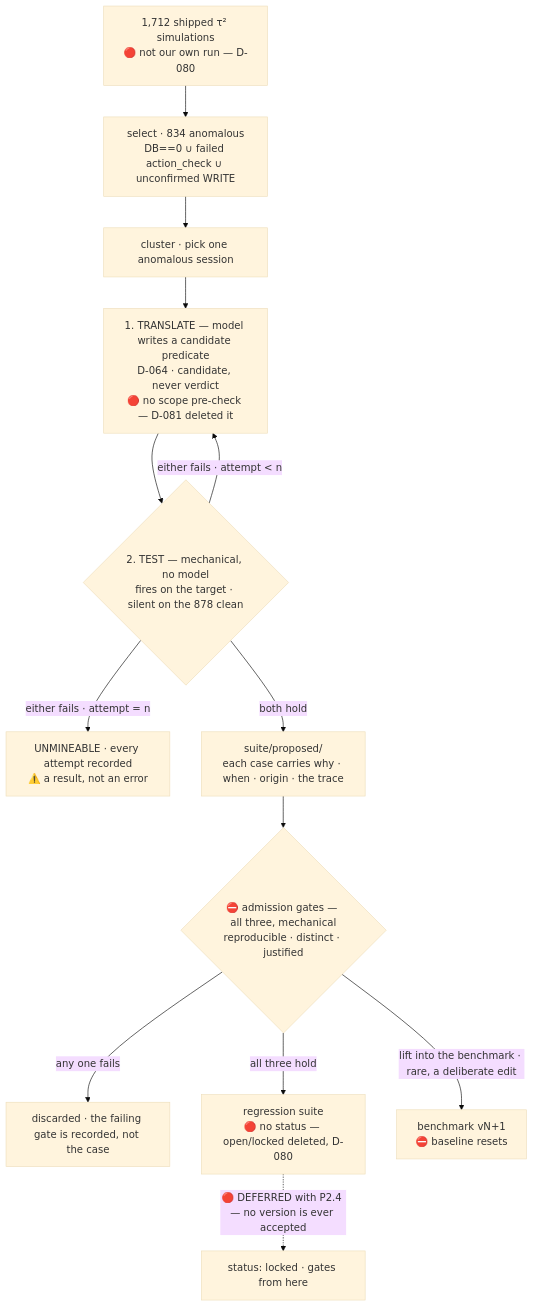
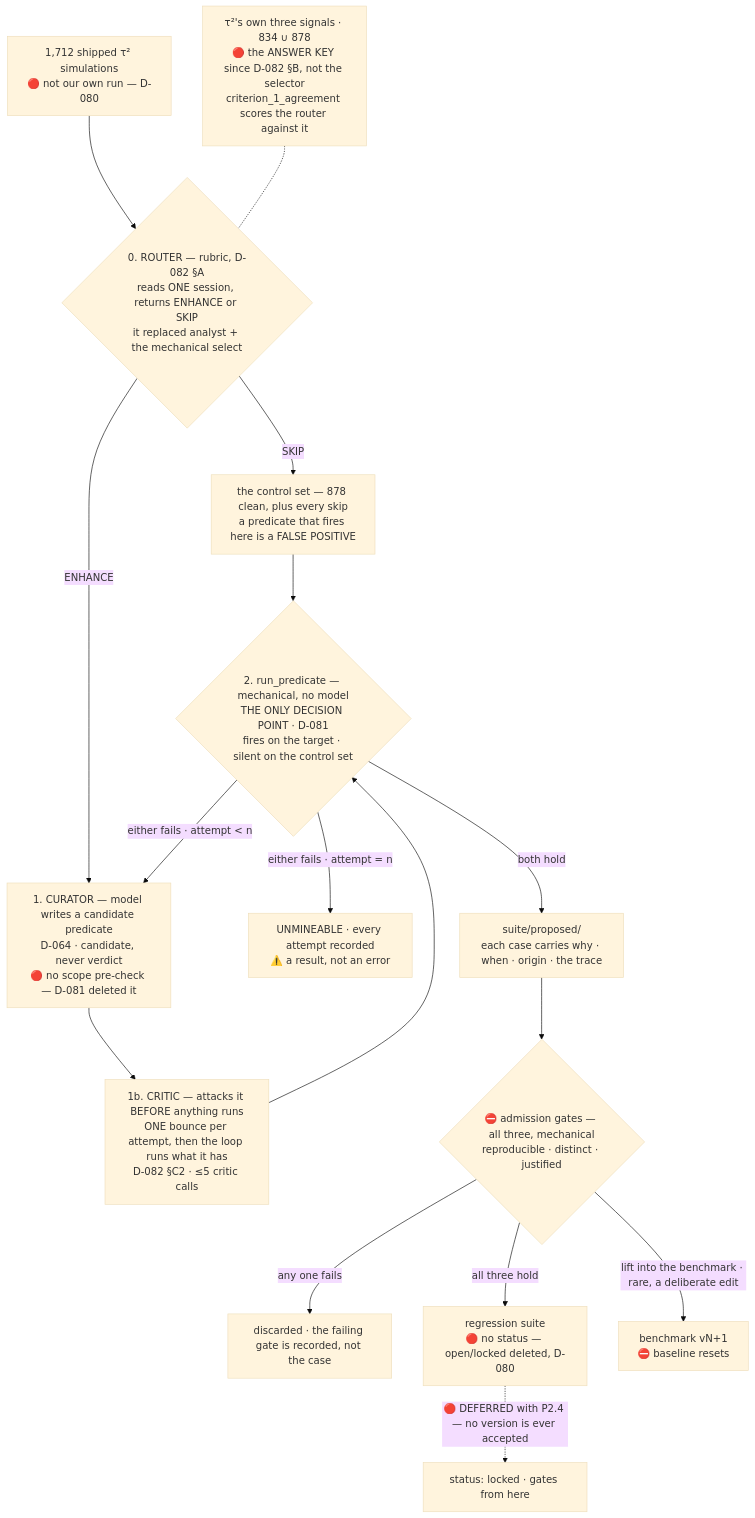
One commit to sandeepyadav1478/touchstone changed the diagram in docs/02-gates.md. Above: the diagram before and after it, drawn with Mermaid (base theme). The commit also changed other lines of this file and 10 other files, not shown here.

````diff
--- a/docs/02-gates.md
+++ b/docs/02-gates.md
@@ -349,15 +352,18 @@
 ```mermaid
 flowchart TB
-  SCORE["1,712 shipped τ² simulations<br/>🔴 not our own run — D-080"] --> FAIL["select · 834 anomalous<br/>DB==0 ∪ failed action_check ∪ unconfirmed WRITE"]
-  FAIL --> PICK["cluster · pick one anomalous session"]
-  PICK --> TRANS["1. TRANSLATE — model writes a candidate predicate<br/>D-064 · candidate, never verdict<br/>🔴 no scope pre-check — D-081 deleted it"]
-  TRANS --> TEST{"2. TEST — mechanical, no model<br/>fires on the target · silent on the 878 clean"}
+  SCORE["1,712 shipped τ² simulations<br/>🔴 not our own run — D-080"] --> ROUTER{"0. ROUTER — rubric, D-082 §A<br/>reads ONE session, returns ENHANCE or SKIP<br/>it replaced analyst + the mechanical select"}
+  ROUTER -->|SKIP| CLEAN["the control set — 878 clean, plus every skip<br/>a predicate that fires here is a FALSE POSITIVE"]
+  KEY["τ²'s own three signals · 834 ∪ 878<br/>🔴 the ANSWER KEY since D-082 §B, not the selector<br/>criterion_1_agreement scores the router against it"] -.- ROUTER
+  ROUTER -->|ENHANCE| TRANS["1. CURATOR — model writes a candidate predicate<br/>D-064 · candidate, never verdict<br/>🔴 no scope pre-check — D-081 deleted it"]
+  TRANS --> CRIT["1b. CRITIC — attacks it BEFORE anything runs<br/>ONE bounce per attempt, then the loop runs what it has<br/>D-082 §C2 · ≤5 critic calls"]
+  CRIT --> TEST{"2. run_predicate — mechanical, no model<br/>THE ONLY DECISION POINT · D-081<br/>fires on the target · silent on the control set"}
+  CLEAN --> TEST
   TEST -->|"either fails · attempt < n"| TRANS
   TEST -->|"either fails · attempt = n"| UNM["UNMINEABLE · every attempt recorded<br/>⚠️ a result, not an error"]
   TEST -->|both hold| PROP["suite/proposed/<br/>each case carries why · when · origin · the trace"]
   PROP --> ADMIT{"⛔ admission gates — all three, mechanical<br/>reproducible · distinct · justified"}
   ADMIT -->|any one fails| DROP["discarded · the failing gate is recorded, not the case"]
   ADMIT -->|all three hold| REG["regression suite<br/>🔴 no status — open/locked deleted, D-080"]
   REG -.->|"🔴 DEFERRED with P2.4 — no version is ever accepted"| LOCK["status: locked · gates from here"]
   ADMIT -->|"lift into the benchmark · rare, a deliberate edit"| BENCH["benchmark vN+1<br/>⛔ baseline resets"]
 ```
````
